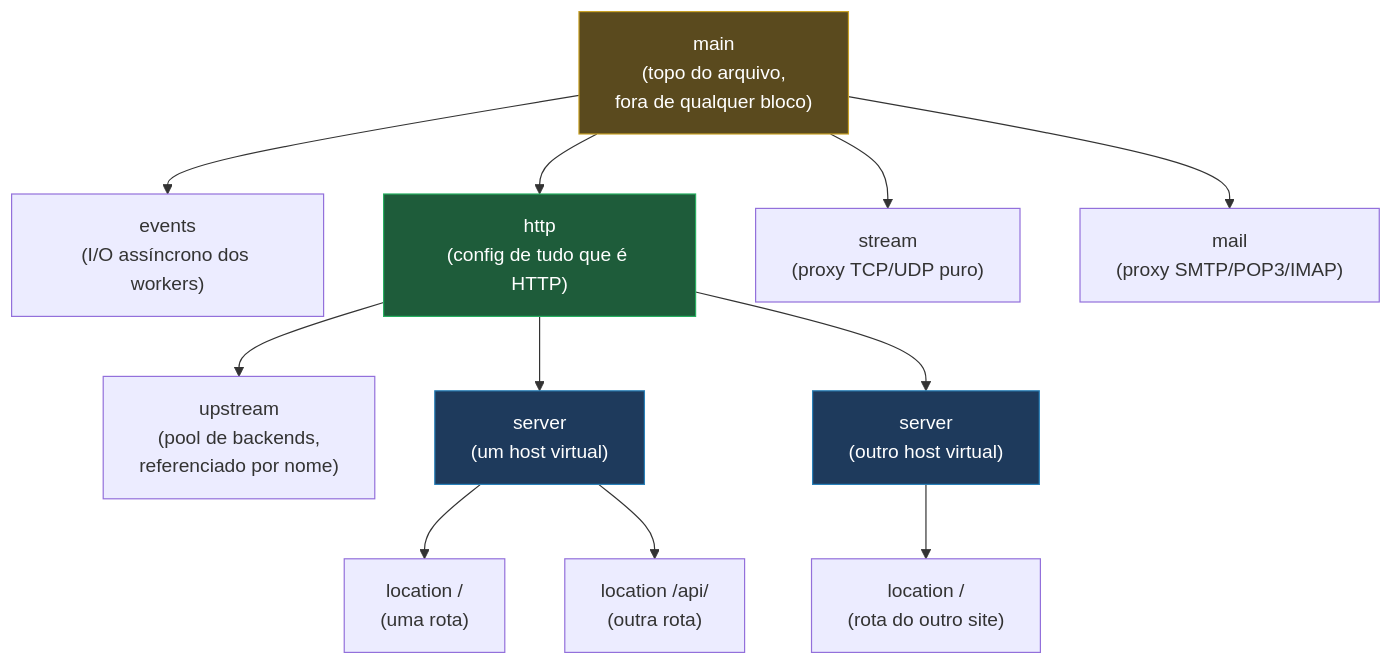
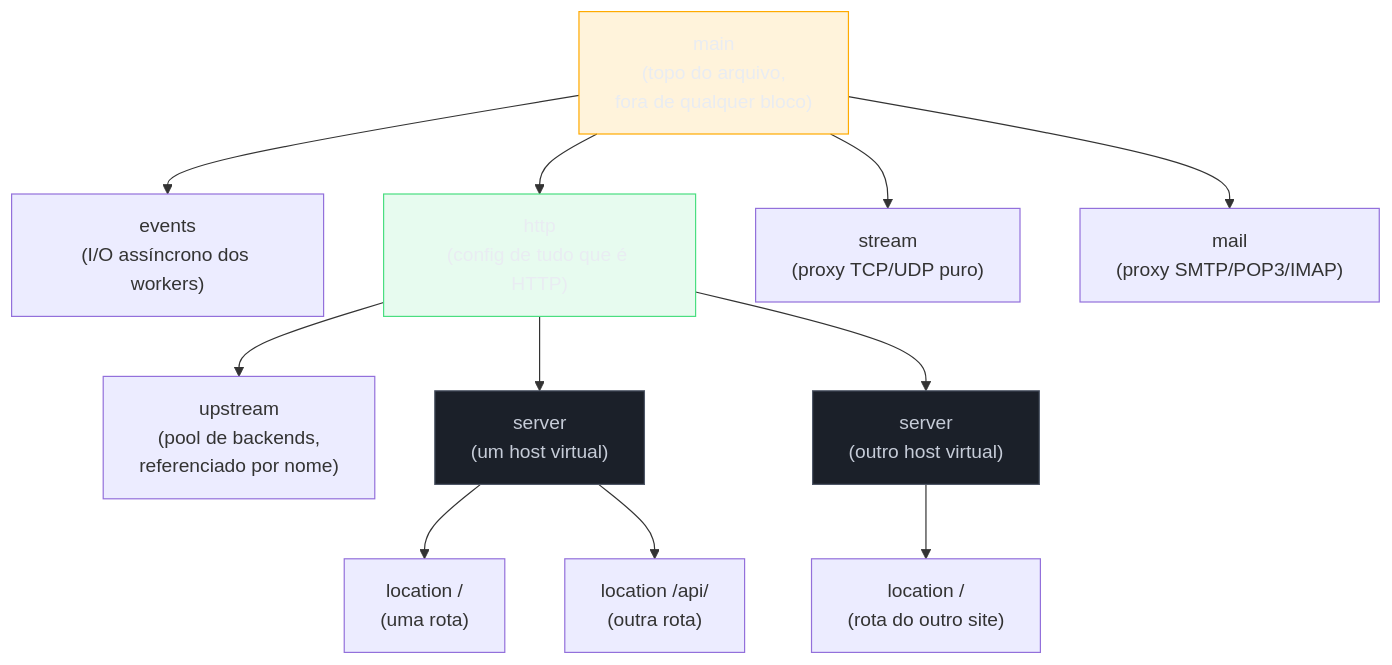
One commit to josenaldo/codex-technomanticus changed the first of 2 diagrams in 03-Dominios/Tecnologia/Infraestrutura/Nginx/02 - A estrutura da configuração.md. Above: the diagram before and after it, drawn with Mermaid. The commit also changed other lines of this file and 1181 other files, not shown here.

First line of the commit message:
fix(diagramas): paleta do sistema no lugar de cor cravada no markdown

````diff
--- a/03-Dominios/Tecnologia/Infraestrutura/Nginx/02 - A estrutura da configuração.md
+++ b/03-Dominios/Tecnologia/Infraestrutura/Nginx/02 - A estrutura da configuração.md
@@ -30,21 +30,24 @@
 ```mermaid
 graph TB
+    classDef destaque fill:#FFAA0024,stroke:#FFAA00,color:#E9ECF2
+    classDef ok fill:#4ADE8021,stroke:#4ADE80,color:#E9ECF2
+    classDef neutro fill:#1B2029,stroke:#4E5666,color:#C6CCD8
     Main["main<br/>(topo do arquivo,<br/>fora de qualquer bloco)"]
     Main --> Events["events<br/>(I/O assíncrono dos workers)"]
     Main --> Http["http<br/>(config de tudo que é HTTP)"]
     Main --> Stream["stream<br/>(proxy TCP/UDP puro)"]
     Main --> Mail["mail<br/>(proxy SMTP/POP3/IMAP)"]
 
     Http --> Upstream["upstream<br/>(pool de backends,<br/>referenciado por nome)"]
     Http --> Server1["server<br/>(um host virtual)"]
     Http --> Server2["server<br/>(outro host virtual)"]
 
     Server1 --> Loc1["location /<br/>(uma rota)"]
     Server1 --> Loc2["location /api/<br/>(outra rota)"]
     Server2 --> Loc3["location /<br/>(rota do outro site)"]
 
-    style Main fill:#5a4a1e,stroke:#c9a227,color:#fff
-    style Http fill:#1e5c3a,stroke:#27ae60,color:#fff
-    style Server1 fill:#1e3a5c,stroke:#2980b9,color:#fff
-    style Server2 fill:#1e3a5c,stroke:#2980b9,color:#fff
+    class Main destaque
+    class Http ok
+    class Server1 neutro
+    class Server2 neutro
 ```
````
